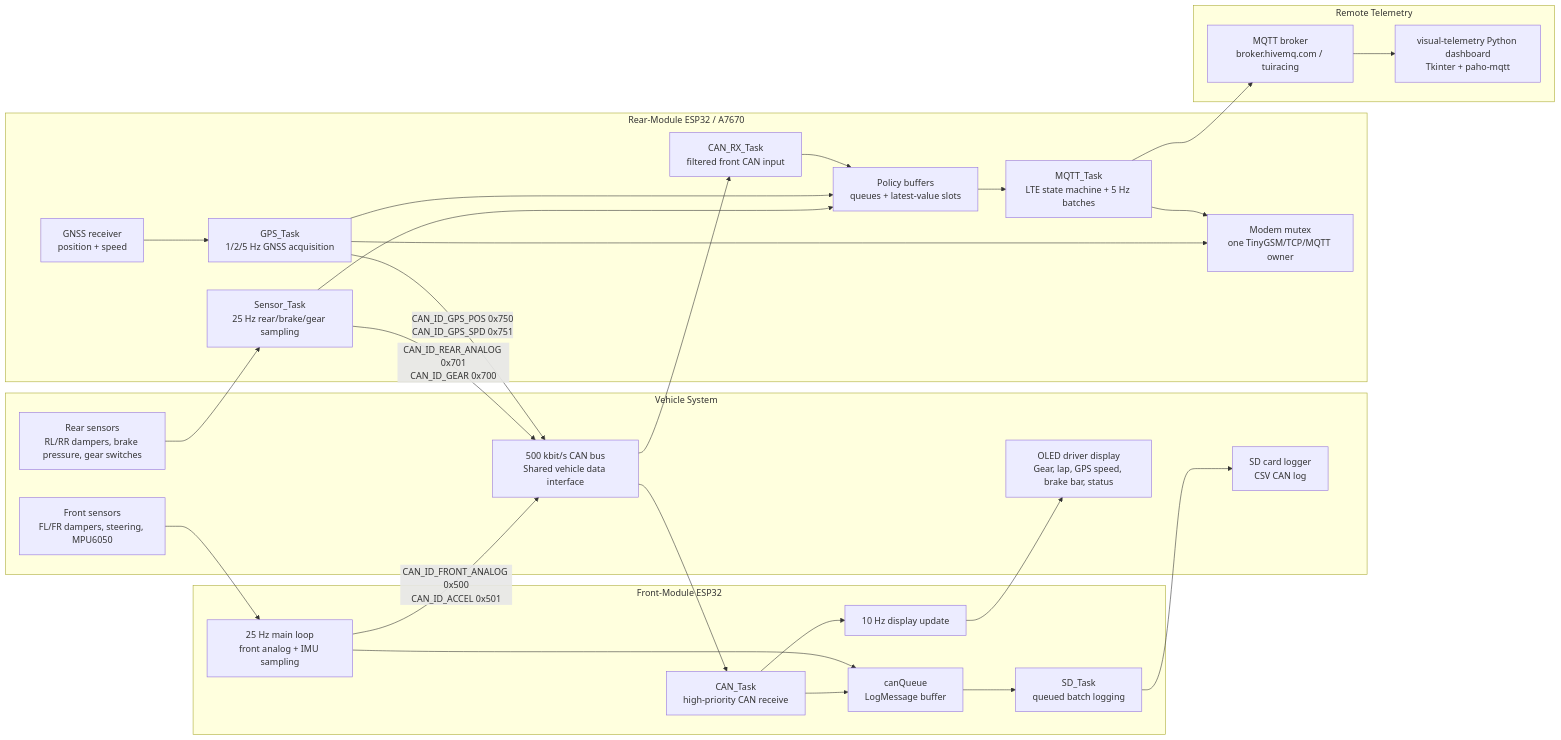
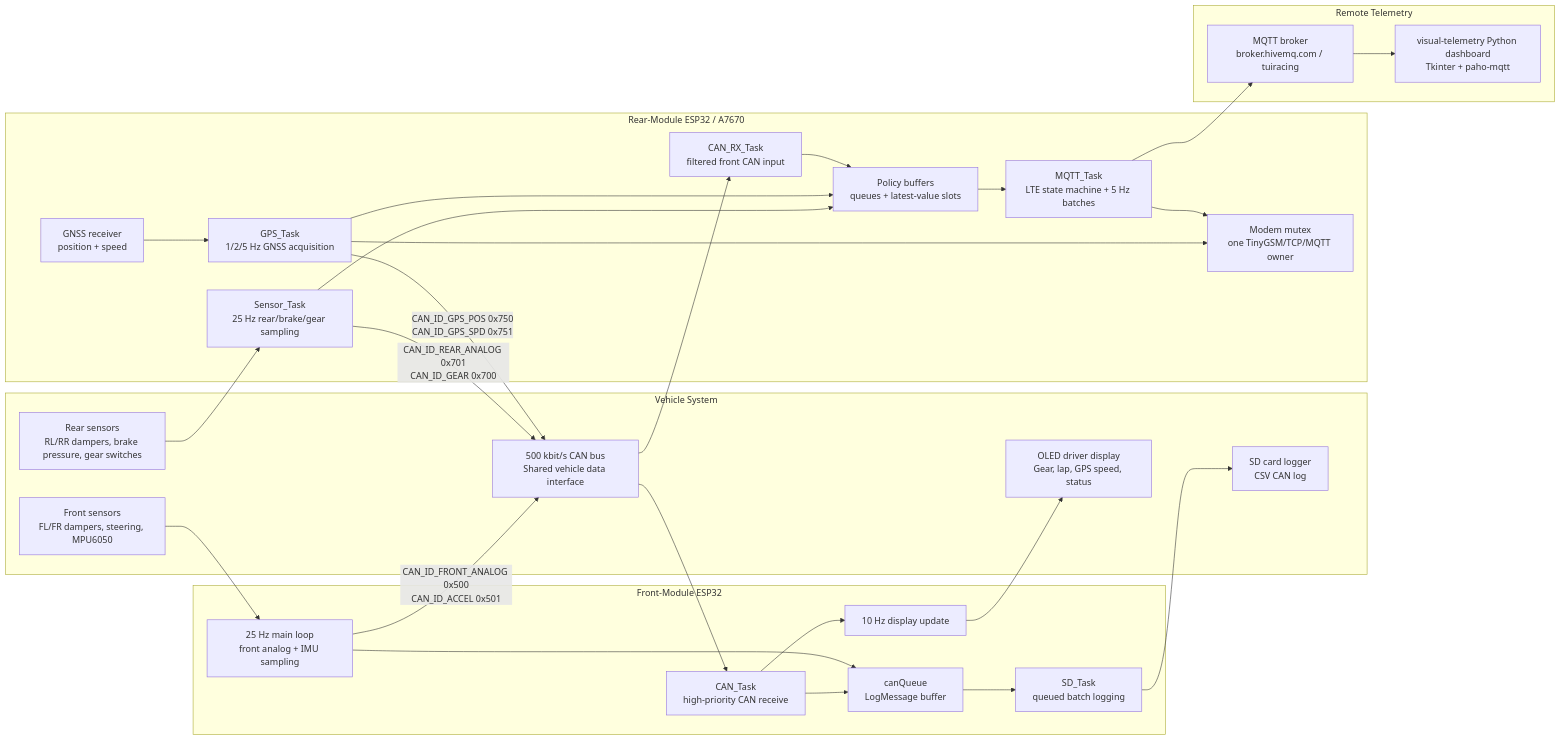
One commit to Vlad-Velnic/Telemetry2026 changed the diagram in docs/software-architecture.md. Above: the diagram before and after it, drawn with Mermaid. The commit also changed other lines of this file and 10 other files, not shown here.

````diff
--- a/docs/software-architecture.md
+++ b/docs/software-architecture.md
@@ -11,52 +11,52 @@
 ```mermaid
 flowchart LR
     subgraph Vehicle["Vehicle System"]
         CAN["500 kbit/s CAN bus<br/>Shared vehicle data interface"]
         FrontSensors["Front sensors<br/>FL/FR dampers, steering, MPU6050"]
         RearSensors["Rear sensors<br/>RL/RR dampers, brake pressure, gear switches"]
-        DriverDisplay["OLED driver display<br/>Gear, lap, GPS speed, brake bar, status"]
+        DriverDisplay["OLED driver display<br/>Gear, lap, GPS speed, status"]
         SD["SD card logger<br/>CSV CAN log"]
     end
 
     subgraph Front["Front-Module ESP32"]
         FLoop["25 Hz main loop<br/>front analog + IMU sampling"]
         FCANRX["CAN_Task<br/>high-priority CAN receive"]
         FSD["SD_Task<br/>queued batch logging"]
         FOLED["10 Hz display update"]
         FQueue["canQueue<br/>LogMessage buffer"]
     end
 
     subgraph Rear["Rear-Module ESP32 / A7670"]
         RSensors["Sensor_Task<br/>25 Hz rear/brake/gear sampling"]
         RCANRX["CAN_RX_Task<br/>filtered front CAN input"]
         RModem["MQTT_Task<br/>LTE state machine + 5 Hz batches"]
         RQueue["Policy buffers<br/>queues + latest-value slots"]
         RGPS["GPS_Task<br/>1/2/5 Hz GNSS acquisition"]
         Mutex["Modem mutex<br/>one TinyGSM/TCP/MQTT owner"]
         GPS["GNSS receiver<br/>position + speed"]
     end
 
     subgraph Cloud["Remote Telemetry"]
         Broker["MQTT broker<br/>broker.hivemq.com / tuiracing"]
         Viewer["visual-telemetry Python dashboard<br/>Tkinter + paho-mqtt"]
     end
 
     FrontSensors --> FLoop
     FLoop -->|CAN_ID_FRONT_ANALOG 0x500<br/>CAN_ID_ACCEL 0x501| CAN
     CAN --> FCANRX
     FCANRX --> FQueue
     FLoop --> FQueue
     FQueue --> FSD --> SD
     FCANRX --> FOLED --> DriverDisplay
 
     RearSensors --> RSensors
     RSensors -->|CAN_ID_REAR_ANALOG 0x701<br/>CAN_ID_GEAR 0x700| CAN
     RSensors --> RQueue
     GPS --> RGPS
     RGPS -->|CAN_ID_GPS_POS 0x750<br/>CAN_ID_GPS_SPD 0x751| CAN
     RGPS --> RQueue
     RGPS --> Mutex
     RModem --> Mutex
     CAN --> RCANRX --> RQueue
     RQueue --> RModem --> Broker --> Viewer
 ```
````
